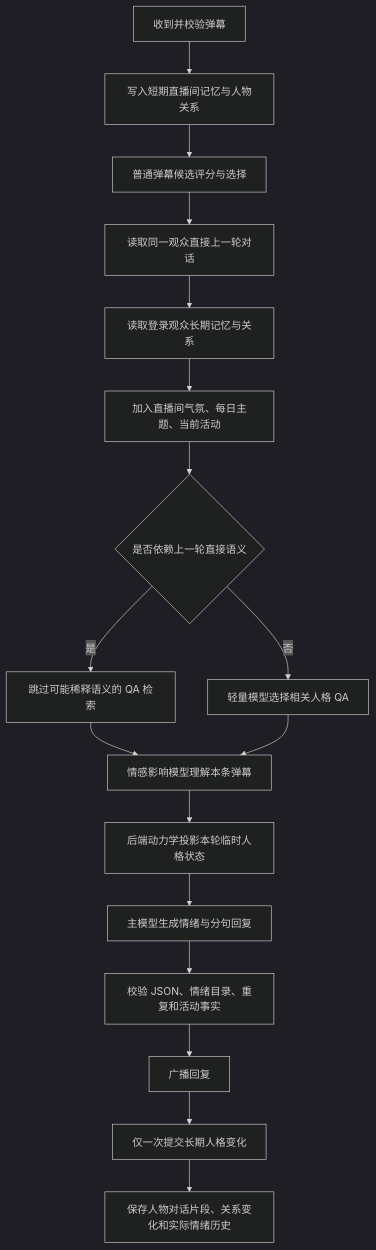
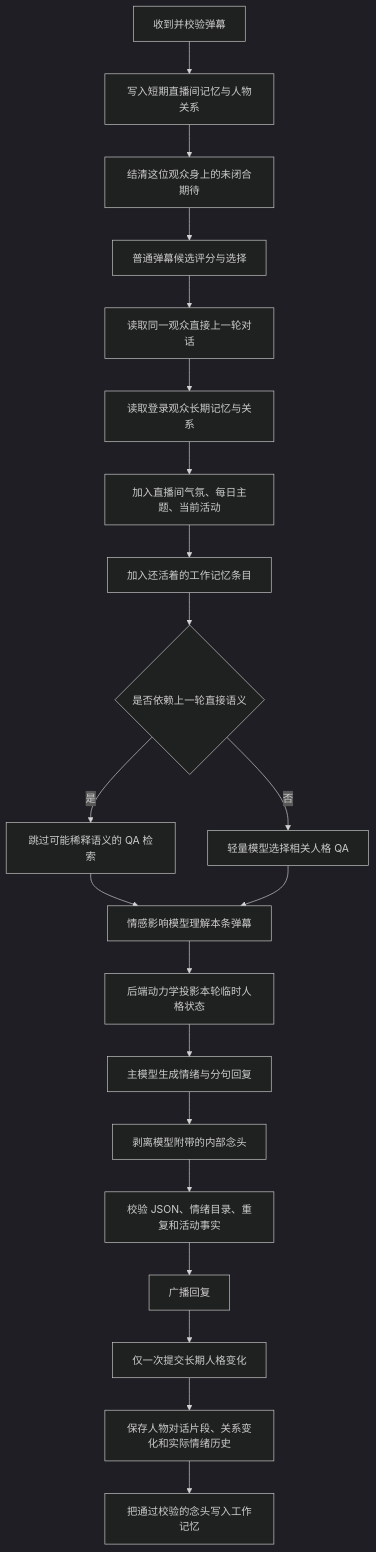
The diagram in docs/concepts/AI_STREAMER_FLOW.md (Kotorin-Kawaii/KAngel-Virtual-Streamer), drawn with Mermaid (dark theme) before and after one commit. The commit also changed other lines of this file and 107 other files, not shown here.

````diff
--- a/docs/concepts/AI_STREAMER_FLOW.md
+++ b/docs/concepts/AI_STREAMER_FLOW.md
@@ -71,19 +100,23 @@
 ```mermaid
 flowchart TD
     A["收到并校验弹幕"] --> B["写入短期直播间记忆与人物关系"]
-    B --> C["普通弹幕候选评分与选择"]
+    B --> B2["结清这位观众身上的未闭合期待"]
+    B2 --> C["普通弹幕候选评分与选择"]
     C --> D["读取同一观众直接上一轮对话"]
     D --> E["读取登录观众长期记忆与关系"]
     E --> F["加入直播间气氛、每日主题、当前活动"]
-    F --> G{"是否依赖上一轮直接语义"}
+    F --> F2["加入还活着的工作记忆条目"]
+    F2 --> G{"是否依赖上一轮直接语义"}
     G -- 是 --> H["跳过可能稀释语义的 QA 检索"]
     G -- 否 --> I["轻量模型选择相关人格 QA"]
     H --> J["情感影响模型理解本条弹幕"]
     I --> J
     J --> K["后端动力学投影本轮临时人格状态"]
     K --> L["主模型生成情绪与分句回复"]
-    L --> M["校验 JSON、情绪目录、重复和活动事实"]
+    L --> L2["剥离模型附带的内部念头"]
+    L2 --> M["校验 JSON、情绪目录、重复和活动事实"]
     M --> N["广播回复"]
     N --> O["仅一次提交长期人格变化"]
     O --> P["保存人物对话片段、关系变化和实际情绪历史"]
+    P --> Q["把通过校验的念头写入工作记忆"]
 ```
````
